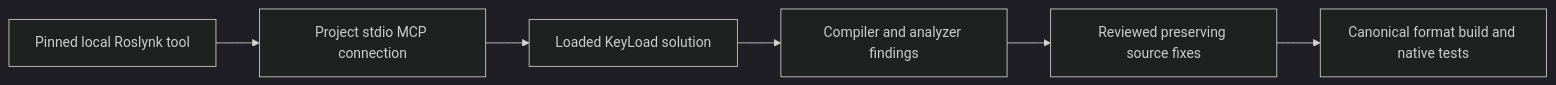
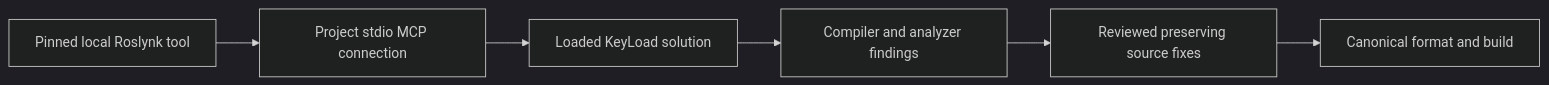
The first of 5 diagrams in docs/Features/CodeQuality.md (managedcode/KeyLoad), drawn with Mermaid (dark theme) before and after one commit. The commit also changed other lines of this file and 24 other files, not shown here.

Commit message:
Repair native roster contracts and retain official MCP initialization diagnostics

````diff
--- a/docs/Features/CodeQuality.md
+++ b/docs/Features/CodeQuality.md
@@ -43,8 +44,8 @@
 ```mermaid
 flowchart LR
     Manifest[Pinned local Roslynk tool] --> MCP[Project stdio MCP connection]
     MCP --> Workspace[Loaded KeyLoad solution]
     Workspace --> Findings[Compiler and analyzer findings]
     Findings --> Repair[Reviewed preserving source fixes]
-    Repair --> Gates[Canonical format build and native tests]
+    Repair --> Gates[Canonical format and build]
 ```
````
